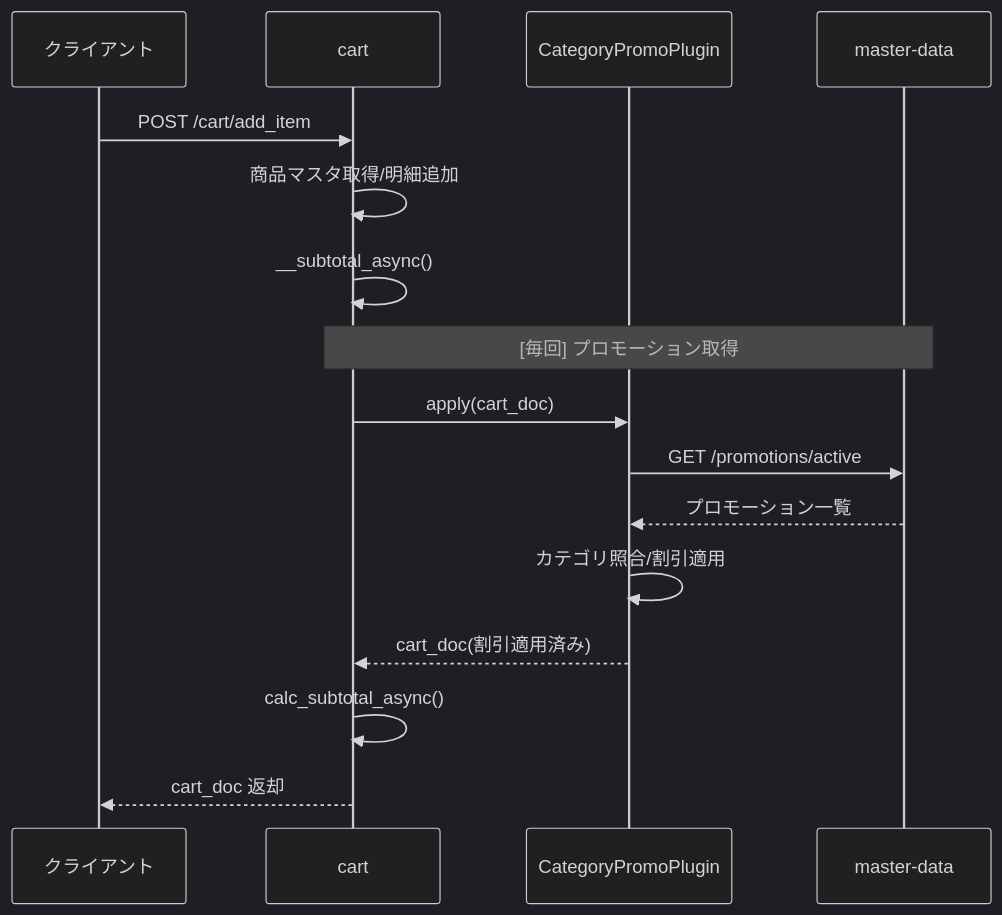
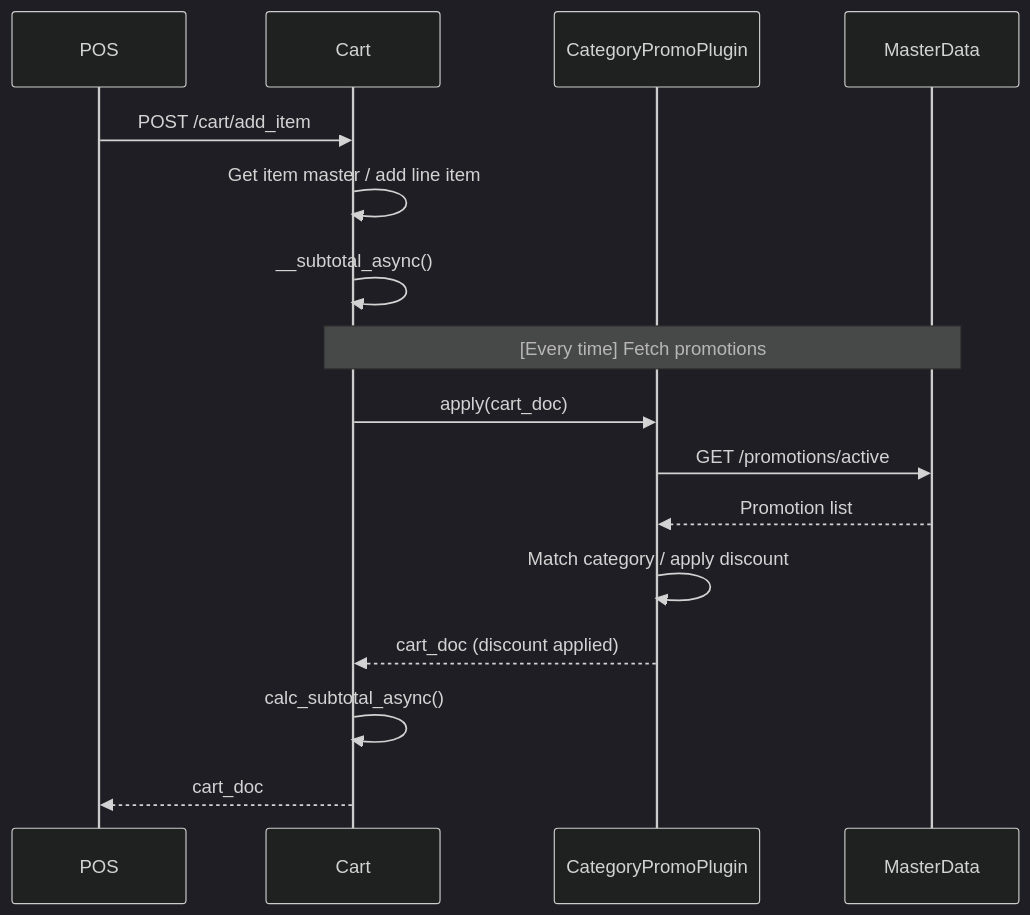
One commit to kugel-masa/kugelpos-backend changed the third of 6 diagrams in specs/71-promotion-cache/sequence-comparison.md. Above: the diagram before and after it, drawn with Mermaid (dark theme). The commit also changed other lines of this file and 1 other file, not shown here.

Commit message:
docs: Add proposal document and translate sequence diagrams to English (#71)

````diff
--- a/specs/71-promotion-cache/sequence-comparison.md
+++ b/specs/71-promotion-cache/sequence-comparison.md
@@ -55,19 +55,19 @@
 ```mermaid
 sequenceDiagram
-    participant Client as クライアント
-    participant Cart as cart
+    participant POS
+    participant Cart
     participant Plugin as CategoryPromoPlugin
-    participant MD as master-data
+    participant MasterData
 
-    Client->>Cart: POST /cart/add_item
-    Cart->>Cart: 商品マスタ取得/明細追加
+    POS->>Cart: POST /cart/add_item
+    Cart->>Cart: Get item master / add line item
     Cart->>Cart: __subtotal_async()
-    Note over Cart,MD: [毎回] プロモーション取得
+    Note over Cart,MasterData: [Every time] Fetch promotions
     Cart->>Plugin: apply(cart_doc)
-    Plugin->>MD: GET /promotions/active
-    MD-->>Plugin: プロモーション一覧
-    Plugin->>Plugin: カテゴリ照合/割引適用
-    Plugin-->>Cart: cart_doc(割引適用済み)
+    Plugin->>MasterData: GET /promotions/active
+    MasterData-->>Plugin: Promotion list
+    Plugin->>Plugin: Match category / apply discount
+    Plugin-->>Cart: cart_doc (discount applied)
     Cart->>Cart: calc_subtotal_async()
-    Cart-->>Client: cart_doc 返却
+    Cart-->>POS: cart_doc
 ```
````
